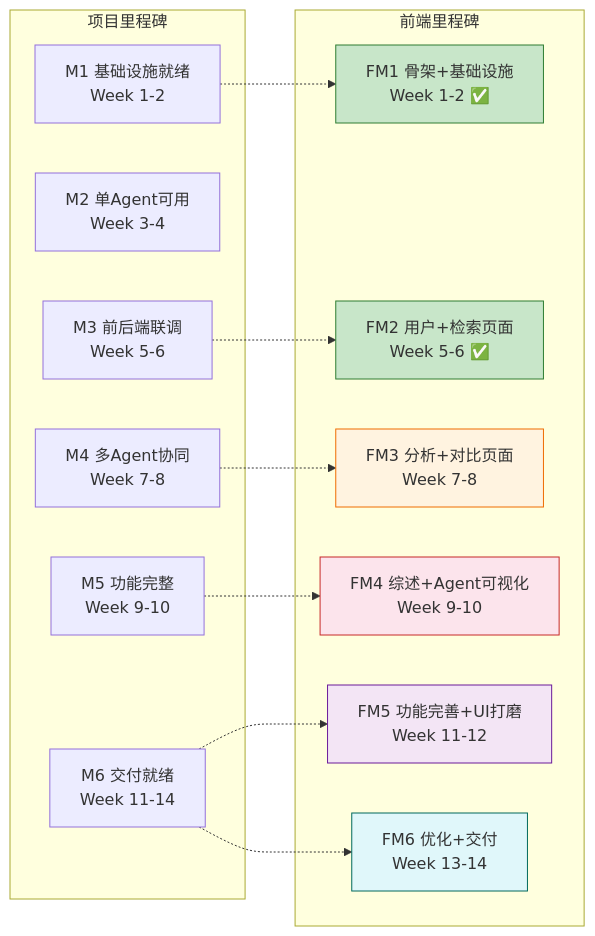
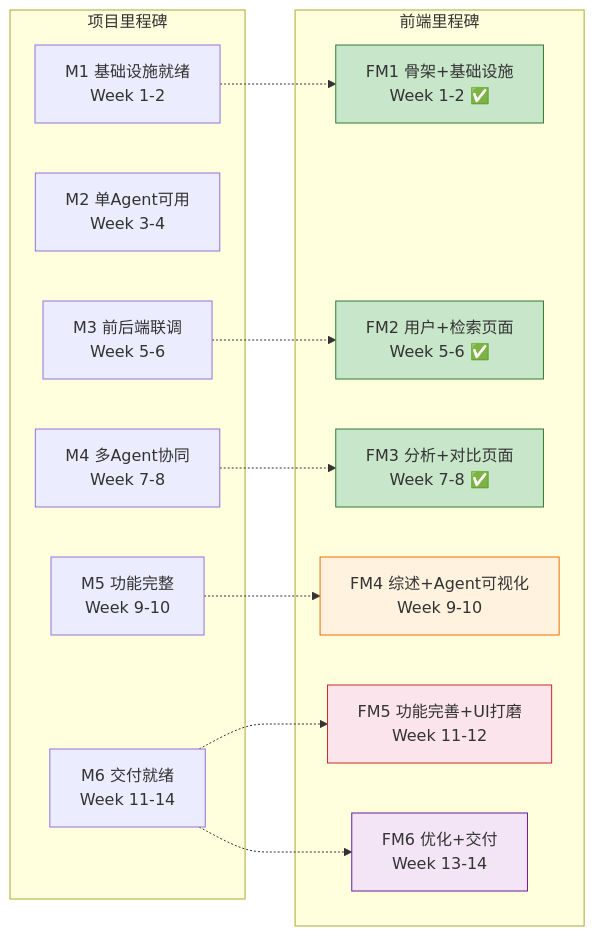
Before and after one commit to Fsu7/Veritas-: the first of 4 diagrams in docs/frontend/前端模块项目里程碑文档.md, drawn with Mermaid. The commit also changed other lines of this file and 58 other files, not shown here.

````diff
--- a/docs/frontend/前端模块项目里程碑文档.md
+++ b/docs/frontend/前端模块项目里程碑文档.md
@@ -57,34 +58,34 @@
 ```mermaid
 graph LR
     subgraph 项目里程碑
         M1["M1 基础设施就绪<br/>Week 1-2"]
         M2["M2 单Agent可用<br/>Week 3-4"]
         M3["M3 前后端联调<br/>Week 5-6"]
         M4["M4 多Agent协同<br/>Week 7-8"]
         M5["M5 功能完整<br/>Week 9-10"]
         M6["M6 交付就绪<br/>Week 11-14"]
     end
 
     subgraph 前端里程碑
         FM1["FM1 骨架+基础设施<br/>Week 1-2 ✅"]
         FM2["FM2 用户+检索页面<br/>Week 5-6 ✅"]
-        FM3["FM3 分析+对比页面<br/>Week 7-8"]
+        FM3["FM3 分析+对比页面<br/>Week 7-8 ✅"]
         FM4["FM4 综述+Agent可视化<br/>Week 9-10"]
         FM5["FM5 功能完善+UI打磨<br/>Week 11-12"]
         FM6["FM6 优化+交付<br/>Week 13-14"]
     end
 
     M1 -.-> FM1
     M3 -.-> FM2
     M4 -.-> FM3
     M5 -.-> FM4
     M6 -.-> FM5
     M6 -.-> FM6
 
     style FM1 fill:#c8e6c9,stroke:#2e7d32
     style FM2 fill:#c8e6c9,stroke:#2e7d32
-    style FM3 fill:#fff3e0,stroke:#ef6c00
-    style FM4 fill:#fce4ec,stroke:#c62828
-    style FM5 fill:#f3e5f5,stroke:#6a1b9a
-    style FM6 fill:#e0f7fa,stroke:#00695c
+    style FM3 fill:#c8e6c9,stroke:#2e7d32
+    style FM4 fill:#fff3e0,stroke:#ef6c00
+    style FM5 fill:#fce4ec,stroke:#c62828
+    style FM6 fill:#f3e5f5,stroke:#6a1b9a
 ```
````
